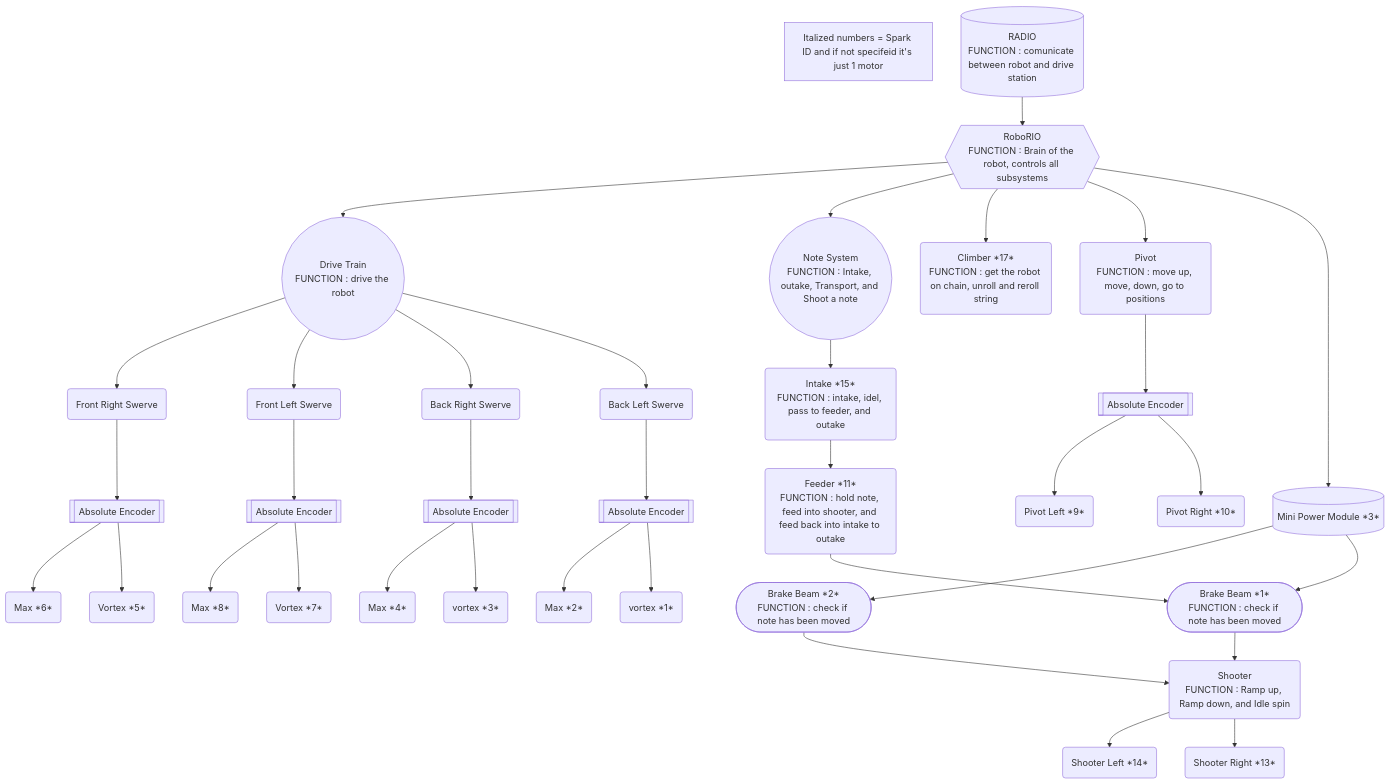
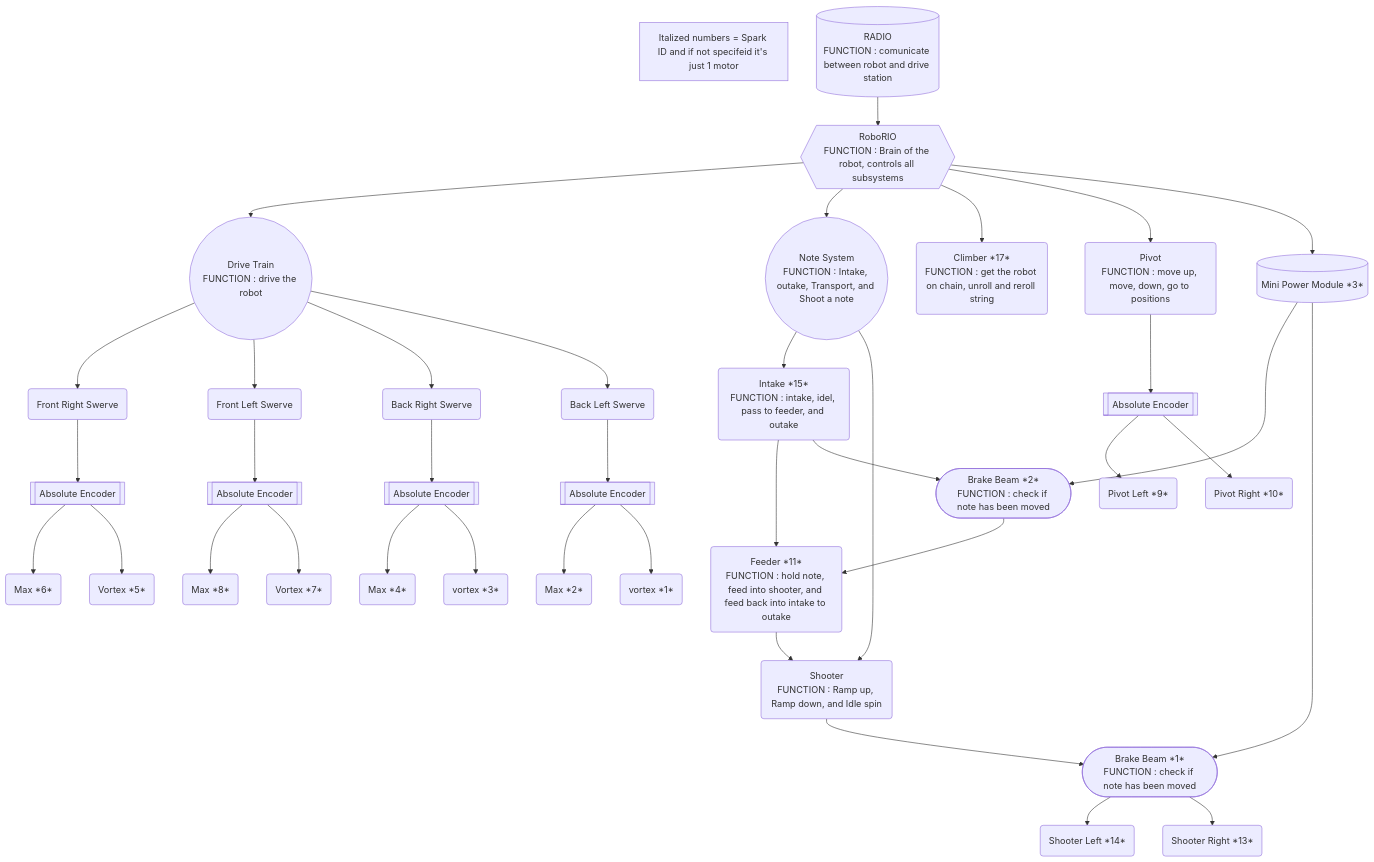
One commit to richardson-area-wide-robotics/FRC24-Crescendo-Offseason changed the diagram in tony_graphs.md. Above: the diagram before and after it, drawn with Mermaid.

Commit message:
Update3? tony_graphs.md

````diff
--- a/tony_graphs.md
+++ b/tony_graphs.md
@@ -1,49 +1,50 @@
 ```mermaid
 graph TD;
     A{{RoboRIO
 FUNCTION : Brain of the robot, controls all subsystems}}-->2;
     2((Drive Train
 FUNCTION : drive the robot ));
     A-->3((Note System
 FUNCTION : Intake, outake, Transport, and Shoot a note));
     3-->B(Intake *15*
 FUNCTION : intake, idel, pass to feeder, and outake);
-    12-->c(Shooter
+    3-->c(Shooter
 FUNCTION : Ramp up, Ramp down, and Idle spin);
-    c-->s(Shooter Left *14*);
-    c-->t(Shooter Right *13*);
+    12-->s(Shooter Left *14*);
+    12-->t(Shooter Right *13*);
     A-->d(Climber *17*
 FUNCTION : get the robot on chain, unroll and reroll string);
     B-->e(Feeder *11*
-FUNCTION : hold note, feed into shooter, and feed back into intake to outake);
+FUNCTION : hold note, feed into shooter, and feed back into intake to outake)-->c;
     A-->f(Pivot
 FUNCTION : move up, move, down, go to positions);
     9-->u(Pivot Left *9*)
     9-->v(Pivot Right *10*)
     2-->g(Front Right Swerve);
     2-->h(Front Left Swerve);
     2-->i(Back Right Swerve);
     2-->j(Back Left Swerve);
     5-->k(Max *6*);
     6-->l(Max *8*);
     7-->m(Max *4*);
     8-->n(Max *2*);
     5-->o(Vortex *5*);
     6-->p(Vortex *7*);
     7-->q(vortex *3*);
     8-->r(vortex *1*);
     g-->5[[Absolute Encoder]];
     h-->6[[Absolute Encoder]];
     i-->7[[Absolute Encoder]];
     j-->8[[Absolute Encoder]];
     f-->9[[Absolute Encoder]];
-    15-->11([Brake Beam *2*
-FUNCTION : check if note has been moved])-->c;
-    e-->12([Brake Beam *1*
+    15--->11
+    B-->11([Brake Beam *2*
+FUNCTION : check if note has been moved])-->e;
+    c-->12([Brake Beam *1*
 FUNCTION : check if note has been moved]);
     A-->15[(Mini Power Module *3*)]-->12;
     25[Italized numbers = Spark ID and if not specifeid it's just 1 motor];
     75[(RADIO
 FUNCTION : comunicate between robot and drive station)]-->A;
 
 ```
````
